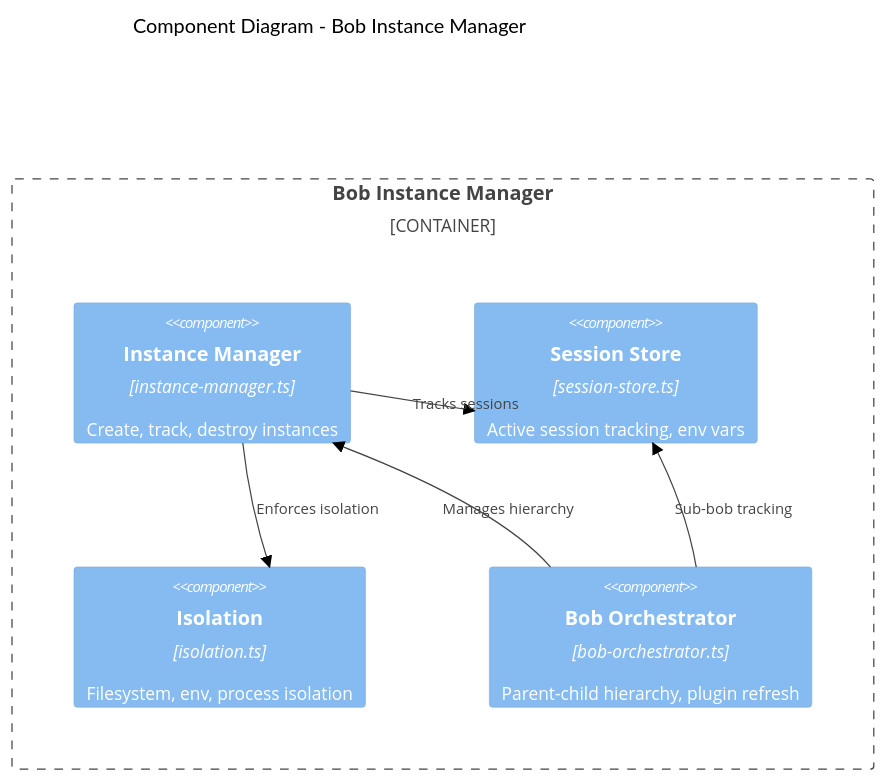
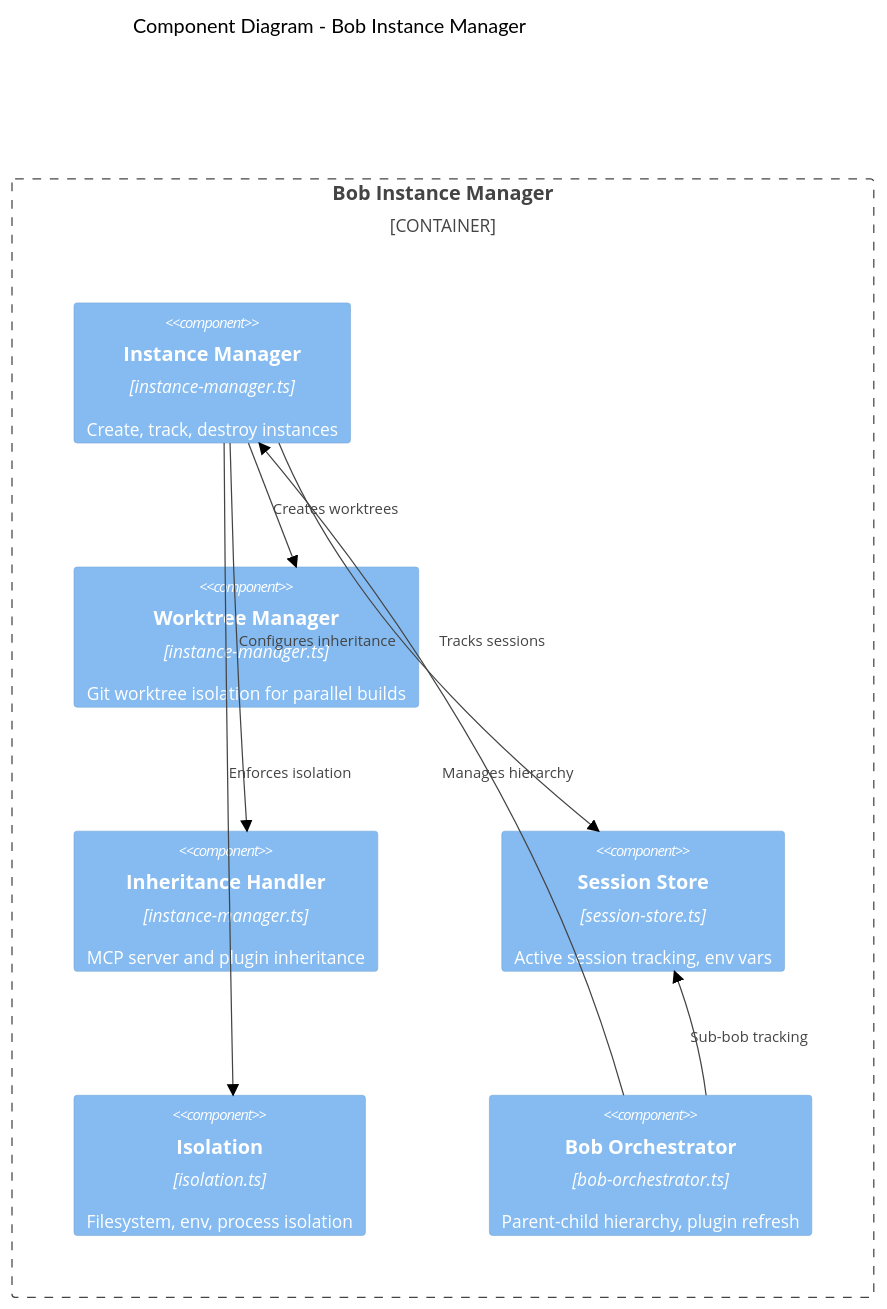
One commit to schwarztim/thesun changed the second of 8 diagrams in docs/architecture/components.md. Above: the diagram before and after it, drawn with Mermaid (neutral theme). The commit also changed other lines of this file and 5 other files, not shown here.

First line of the commit message:
Add parallel multi-tool builds with git worktrees and MCP inheritance

````diff
--- a/docs/architecture/components.md
+++ b/docs/architecture/components.md
@@ -57,16 +57,20 @@
 ```mermaid
 C4Component
     title Component Diagram - Bob Instance Manager
 
     Container_Boundary(bob, "Bob Instance Manager") {
         Component(mgr, "Instance Manager", "instance-manager.ts", "Create, track, destroy instances")
+        Component(worktree, "Worktree Manager", "instance-manager.ts", "Git worktree isolation for parallel builds")
+        Component(inherit, "Inheritance Handler", "instance-manager.ts", "MCP server and plugin inheritance")
         Component(store, "Session Store", "session-store.ts", "Active session tracking, env vars")
         Component(iso, "Isolation", "isolation.ts", "Filesystem, env, process isolation")
         Component(orch_bob, "Bob Orchestrator", "bob-orchestrator.ts", "Parent-child hierarchy, plugin refresh")
     }
 
+    Rel(mgr, worktree, "Creates worktrees")
+    Rel(mgr, inherit, "Configures inheritance")
     Rel(mgr, store, "Tracks sessions")
     Rel(mgr, iso, "Enforces isolation")
     Rel(orch_bob, mgr, "Manages hierarchy")
     Rel(orch_bob, store, "Sub-bob tracking")
 ```
````
